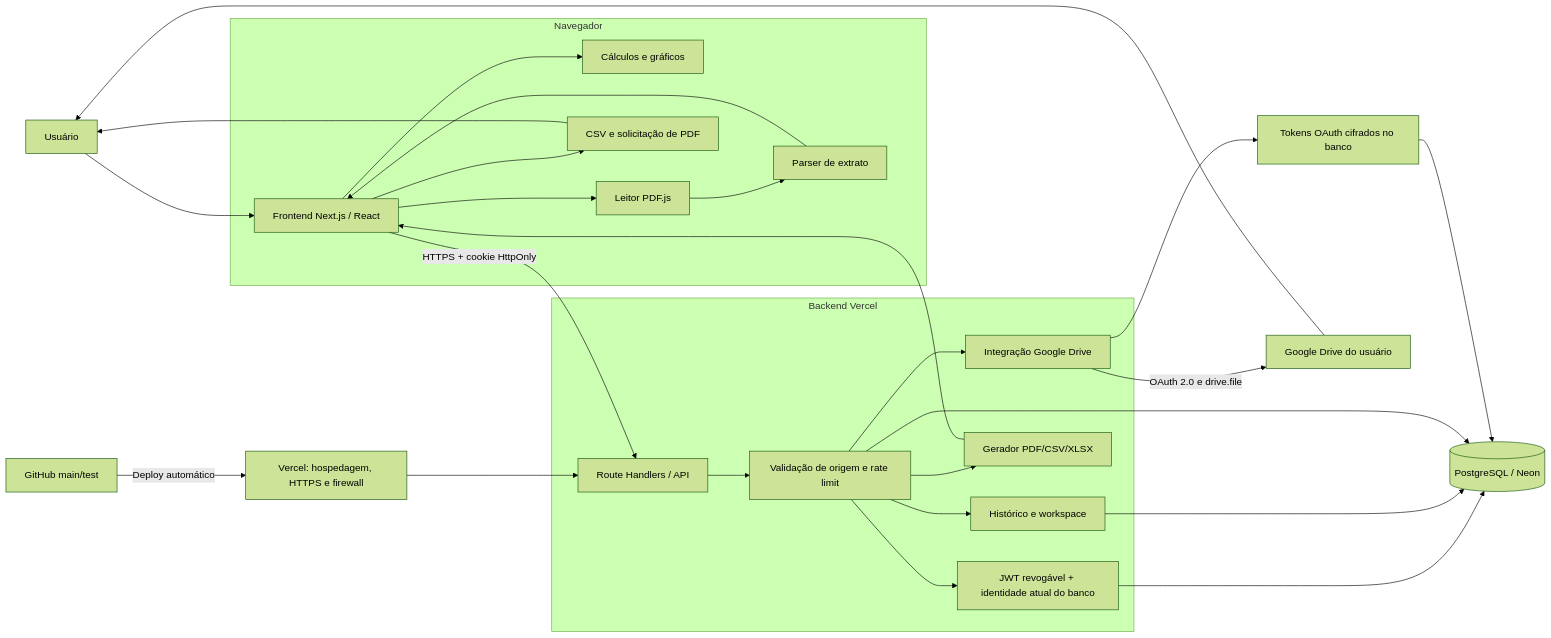
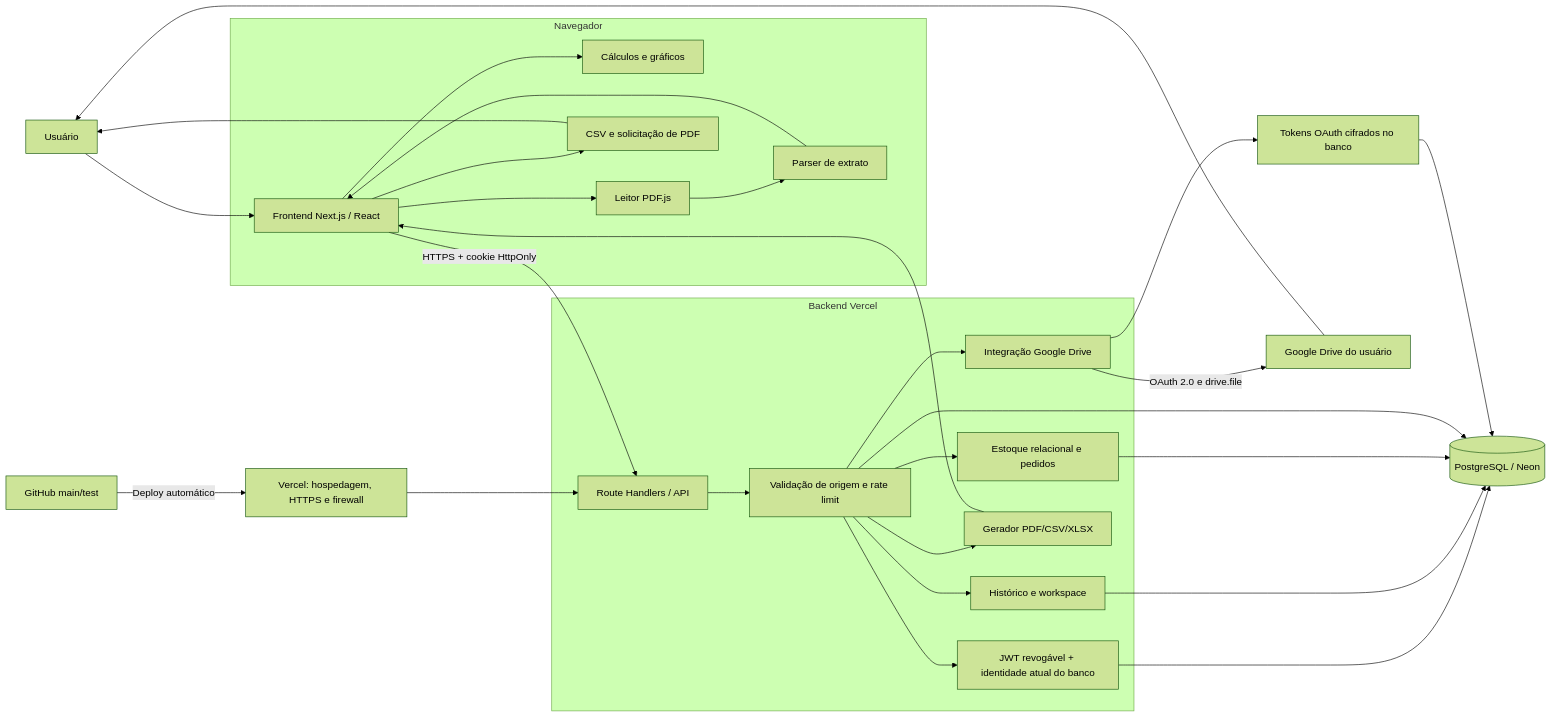
One commit to rennercand/CandTech changed the first of 3 diagrams in docs/ARQUITETURA.md. Above: the diagram before and after it, drawn with Mermaid (forest theme). The commit also changed other lines of this file and 14 other files, not shown here.

Commit message:
feat: criar estoque relacional guiado

````diff
--- a/docs/ARQUITETURA.md
+++ b/docs/ARQUITETURA.md
@@ -5,35 +5,37 @@
 ```mermaid
 flowchart LR
   U[Usuário] --> UI[Frontend Next.js / React]
 
   subgraph Navegador
     UI --> CALC[Cálculos e gráficos]
     UI --> PDFJS[Leitor PDF.js]
     PDFJS --> PARSER[Parser de extrato]
     PARSER --> UI
     UI --> EXPORTLOCAL[CSV e solicitação de PDF]
   end
 
   UI -->|HTTPS + cookie HttpOnly| API[Route Handlers / API]
 
   subgraph Backend Vercel
     API --> SEC[Validação de origem e rate limit]
     SEC --> AUTH[JWT revogável + identidade atual do banco]
     SEC --> HISTORY[Histórico e workspace]
+    SEC --> INVENTORY[Estoque relacional e pedidos]
     SEC --> REPORTS[Gerador PDF/CSV/XLSX]
     SEC --> DRIVE[Integração Google Drive]
   end
 
   AUTH --> DB[(PostgreSQL / Neon)]
   HISTORY --> DB
+  INVENTORY --> DB
   SEC --> DB
   DRIVE --> TOKENS[Tokens OAuth cifrados no banco]
   TOKENS --> DB
   DRIVE -->|OAuth 2.0 e drive.file| GOOGLE[Google Drive do usuário]
   REPORTS --> UI
   EXPORTLOCAL --> U
   GOOGLE --> U
 
   VERCEL[Vercel: hospedagem, HTTPS e firewall] --> API
   GITHUB[GitHub main/test] -->|Deploy automático| VERCEL
 ```
````
